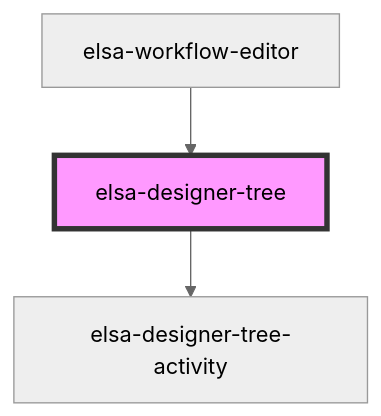
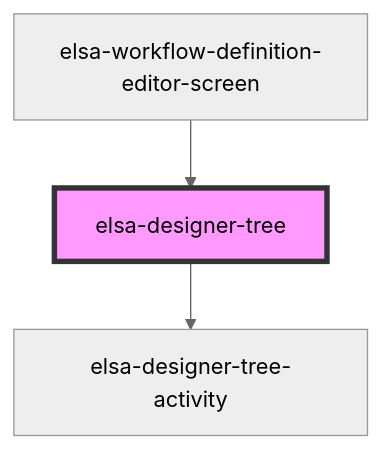
Before and after one commit to elsa-workflows/elsa-core: the diagram in src/designer/elsa-workflows-studio/src/components/designers/tree/elsa-designer-tree/readme.md, drawn with Mermaid (neutral theme). The commit also changed other lines of this file and 32 other files, not shown here.

````diff
--- a/src/designer/elsa-workflows-studio/src/components/designers/tree/elsa-designer-tree/readme.md
+++ b/src/designer/elsa-workflows-studio/src/components/designers/tree/elsa-designer-tree/readme.md
@@ -33,6 +46,6 @@
 ```mermaid
 graph TD;
   elsa-designer-tree --> elsa-designer-tree-activity
-  elsa-workflow-editor --> elsa-designer-tree
+  elsa-workflow-definition-editor-screen --> elsa-designer-tree
   style elsa-designer-tree fill:#f9f,stroke:#333,stroke-width:4px
 ```
````
